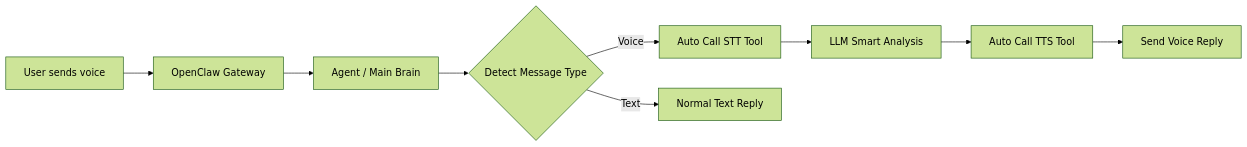
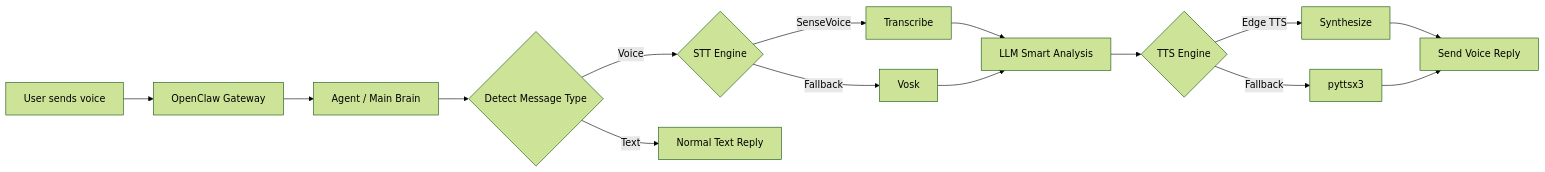
The diagram in README.md (zhangqinghua2015/voice-chat), drawn with Mermaid (forest theme) before and after one commit. The commit also changed other lines of this file and 5 other files, not shown here.

First line of the commit message:
feat: 集成 SenseVoice 双引擎 STT，支持自动 fallback

````diff
--- a/README.md
+++ b/README.md
@@ -15,11 +17,17 @@
 ```mermaid
 graph LR
     A[User sends voice] --> B[OpenClaw Gateway]
     B --> C[Agent / Main Brain]
     C --> D{Detect Message Type}
-    D -- Voice --> E[Auto Call STT Tool]
-    E --> F[LLM Smart Analysis]
-    F --> G[Auto Call TTS Tool]
-    G --> H[Send Voice Reply]
-    D -- Text --> I[Normal Text Reply]
+    D -- Voice --> E{STT Engine}
+    E -- SenseVoice --> F1[Transcribe]
+    E -- Fallback --> F2[Vosk]
+    F1 --> G[LLM Smart Analysis]
+    F2 --> G
+    G --> H{TTS Engine}
+    H -- Edge TTS --> I1[Synthesize]
+    H -- Fallback --> I2[pyttsx3]
+    I1 --> J[Send Voice Reply]
+    I2 --> J
+    D -- Text --> K[Normal Text Reply]
 ```
````
